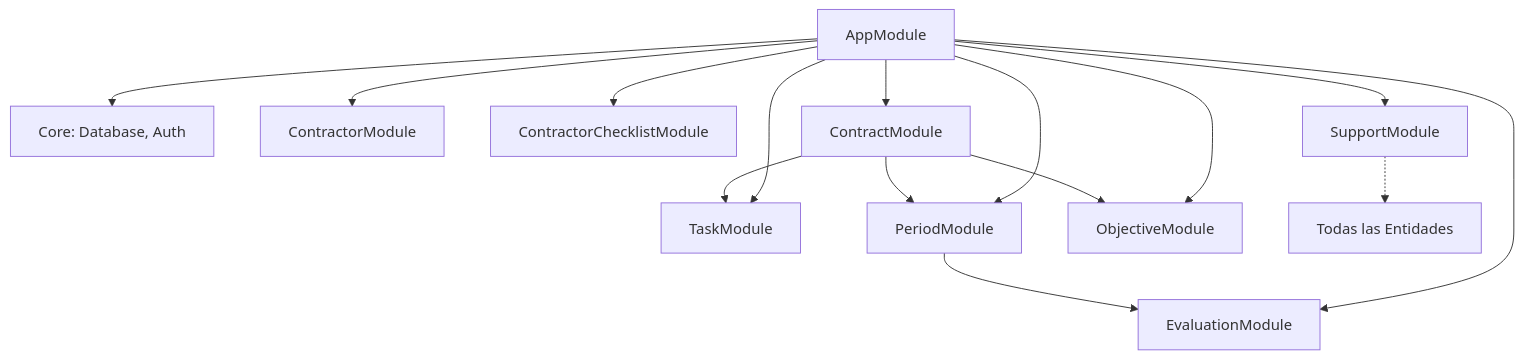
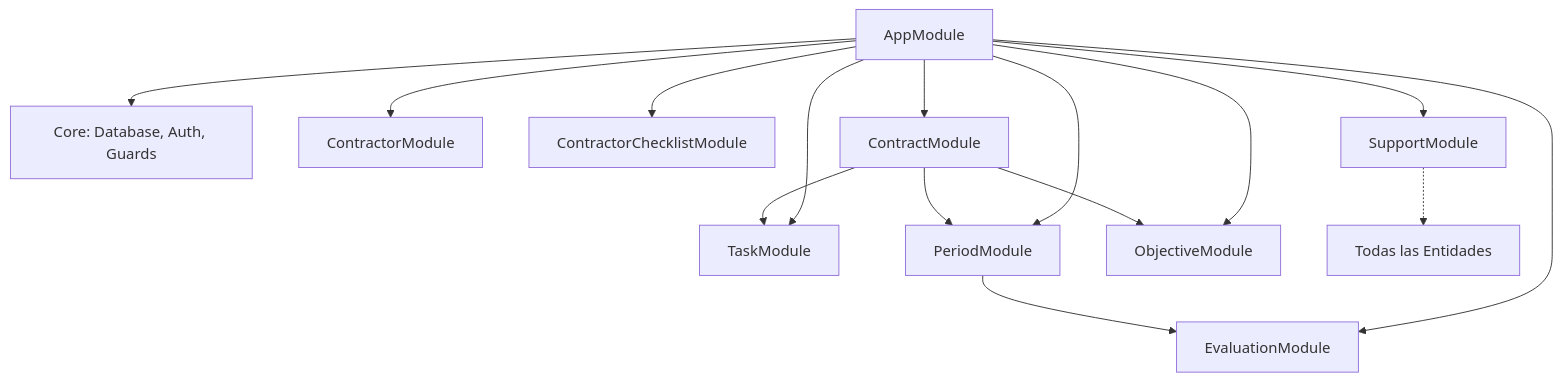
The second of 2 diagrams in ARCHITECTURE.md (DesarrolloSiellano/contratos-backend-bpo), drawn with Mermaid before and after one commit. The commit also changed other lines of this file and 1 other file, not shown here.

````diff
--- a/ARCHITECTURE.md
+++ b/ARCHITECTURE.md
@@ -62,18 +62,18 @@
 ```mermaid
 graph TD
-    App[AppModule] --> Core[Core: Database, Auth]
+    App[AppModule] --> Core[Core: Database, Auth, Guards]
     App --> Contractor[ContractorModule]
     App --> Checklist[ContractorChecklistModule]
     App --> Contract[ContractModule]
     App --> Task[TaskModule]
     App --> Evaluation[EvaluationModule]
     App --> Period[PeriodModule]
     App --> Objective[ObjectiveModule]
     App --> Support[SupportModule]
     
     Contract --> Task
     Contract --> Period
     Contract --> Objective
     Period --> Evaluation
     Support -.-> AllEntities[Todas las Entidades]
 ```
````
